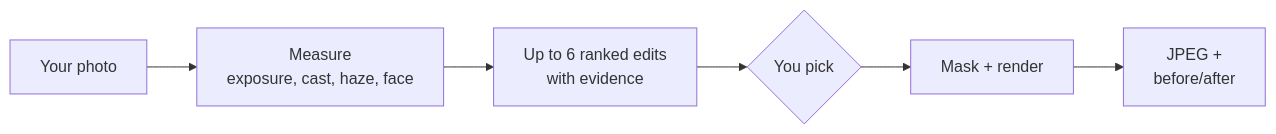
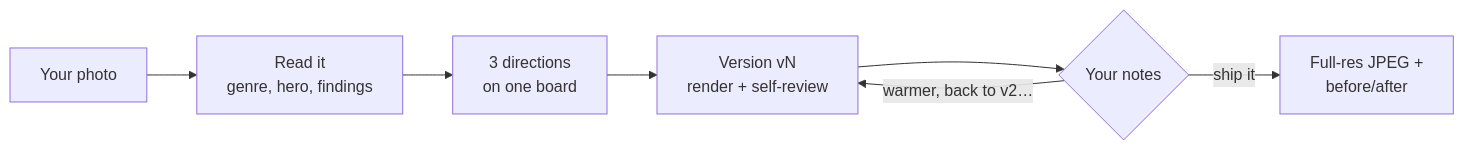
Before and after one commit to dataguyofprocol/feedready: the first of 3 diagrams in README.md, drawn with Mermaid. The commit also changed other lines of this file and 13 other files, not shown here.

````diff
--- a/README.md
+++ b/README.md
@@ -21,8 +26,9 @@
 ```mermaid
 flowchart LR
-    A["Your photo"] --> B["Measure<br/>exposure, cast, haze, face"]
-    B --> C["Up to 6 ranked edits<br/>with evidence"]
-    C --> D{"You pick"}
-    D --> E["Mask + render"]
-    E --> F["JPEG +<br/>before/after"]
+    A["Your photo"] --> B["Read it<br/>genre, hero, findings"]
+    B --> C["3 directions<br/>on one board"]
+    C --> D["Version vN<br/>render + self-review"]
+    D --> E{"Your notes"}
+    E -->|"warmer, back to v2…"| D
+    E -->|"ship it"| F["Full-res JPEG +<br/>before/after"]
 ```
````
